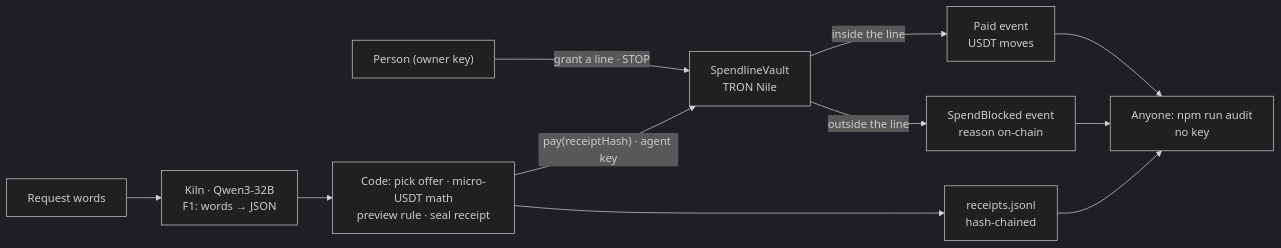
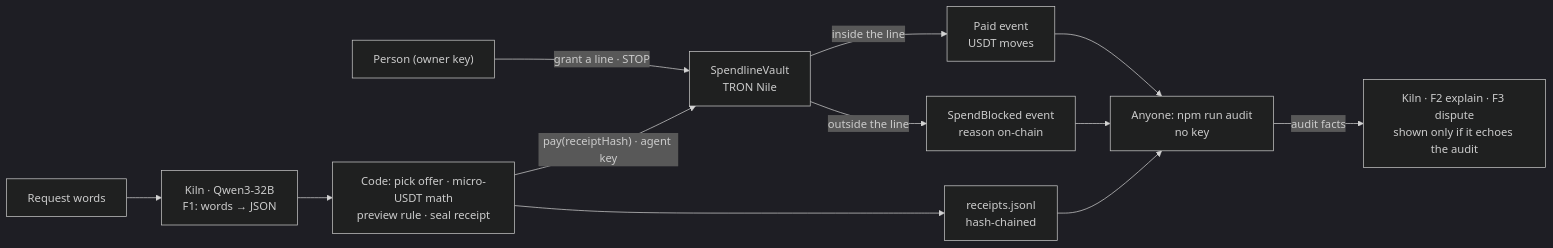
The diagram in README.md (Ryugi62/spendline), drawn with Mermaid (dark theme) before and after one commit. The commit also changed other lines of this file and 11 other files, not shown here.

````diff
--- a/README.md
+++ b/README.md
@@ -26,13 +38,14 @@
 ```mermaid
 flowchart LR
   P["Person (owner key)"] -->|"grant a line · STOP"| V
   Q["Request words"] --> K["Kiln · Qwen3-32B<br/>F1: words → JSON"]
   K --> C["Code: pick offer · micro-USDT math<br/>preview rule · seal receipt"]
+  AU -->|"audit facts"| X["Kiln · F2 explain · F3 dispute<br/>shown only if it echoes the audit"]
   C -->|"pay(receiptHash) · agent key"| V["SpendlineVault<br/>TRON Nile"]
   V -->|"inside the line"| PD["Paid event<br/>USDT moves"]
   V -->|"outside the line"| SB["SpendBlocked event<br/>reason on-chain"]
   C --> RF["receipts.jsonl<br/>hash-chained"]
   RF --> AU["Anyone: npm run audit<br/>no key"]
   PD --> AU
   SB --> AU
 ```
````
